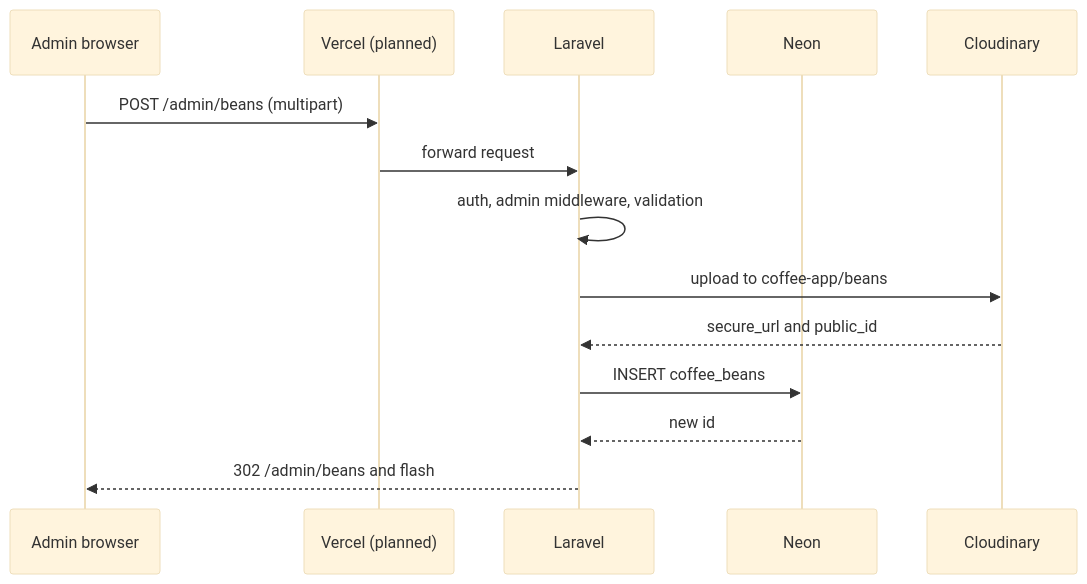
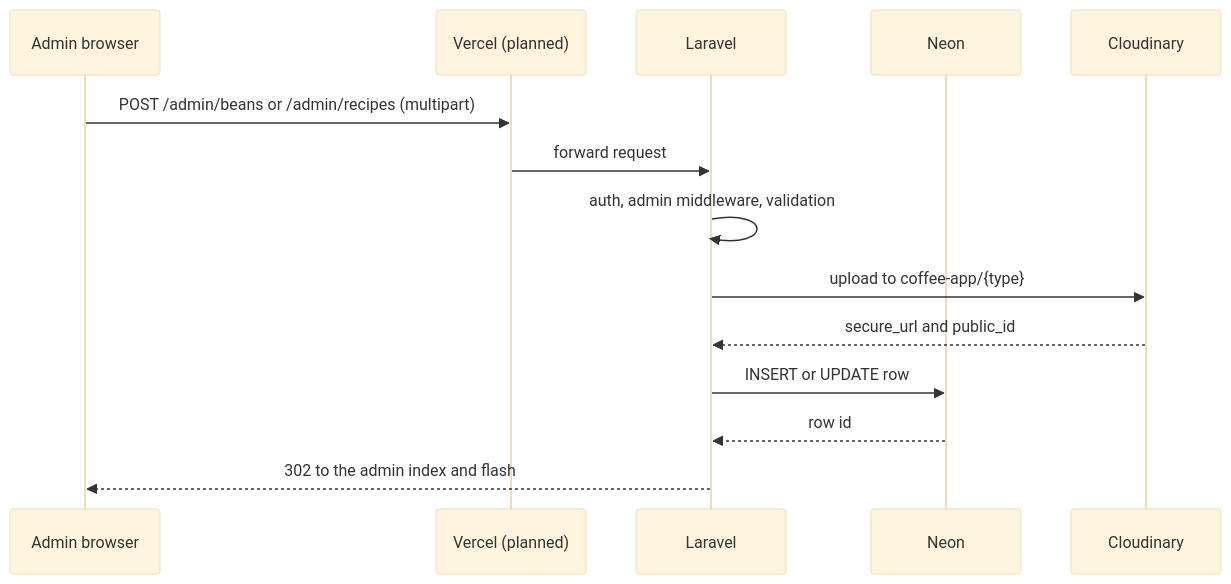
One commit to Zydds/coffeebrewery changed the third of 4 diagrams in ARCHITECTURE.md. Above: the diagram before and after it, drawn with Mermaid (base theme). The commit also changed other lines of this file and 17 other files, not shown here.

First line of the commit message:
feat(admin): import beans and recipes from CSV

````diff
--- a/ARCHITECTURE.md
+++ b/ARCHITECTURE.md
@@ -77,16 +77,16 @@
 ```mermaid
 sequenceDiagram
     participant A as Admin browser
     participant V as Vercel (planned)
     participant L as Laravel
     participant DB as Neon
     participant C as Cloudinary
-    A->>V: POST /admin/beans (multipart)
+    A->>V: POST /admin/beans or /admin/recipes (multipart)
     V->>L: forward request
     L->>L: auth, admin middleware, validation
-    L->>C: upload to coffee-app/beans
+    L->>C: upload to coffee-app/{type}
     C-->>L: secure_url and public_id
-    L->>DB: INSERT coffee_beans
-    DB-->>L: new id
-    L-->>A: 302 /admin/beans and flash
+    L->>DB: INSERT or UPDATE row
+    DB-->>L: row id
+    L-->>A: 302 to the admin index and flash
 ```
````
